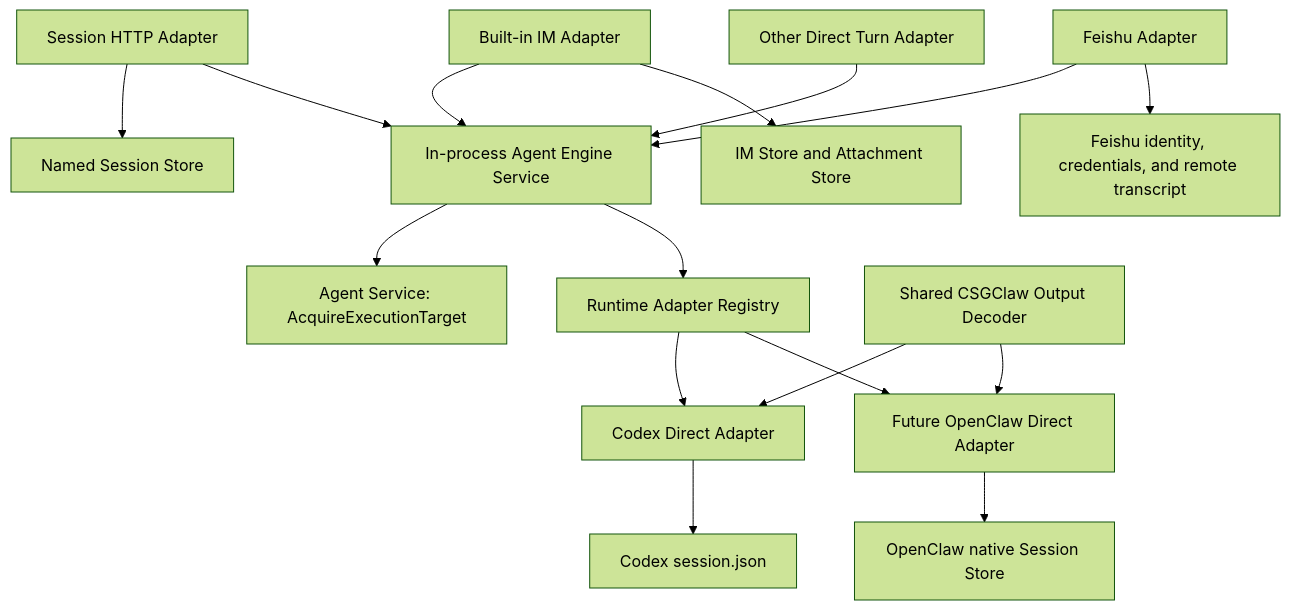
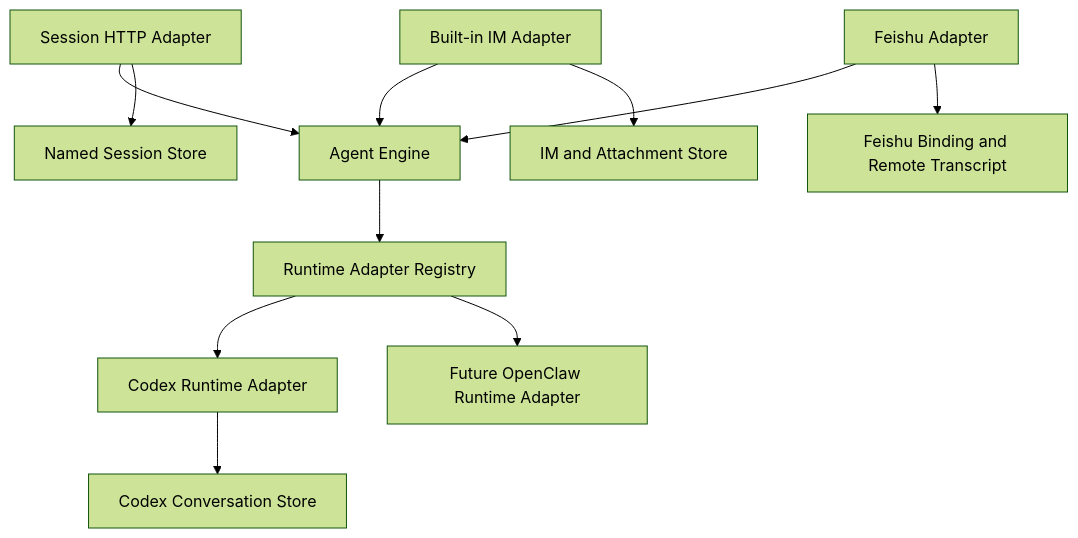
Before and after one commit to OpenCSGs/csgclaw: the diagram in docs/tech/agent-engine-decoupling.md, drawn with Mermaid (forest theme). The commit also changed other lines of this file and 4 other files, not shown here.

Commit message:
docs(agent-engine): Simplify docs and Draft the Engine Interface

````diff
--- a/docs/tech/agent-engine-decoupling.md
+++ b/docs/tech/agent-engine-decoupling.md
@@ -268,23 +102,15 @@
 ```mermaid
 flowchart TB
-    SessionAPI["Session HTTP Adapter"] --> NamedSessions["Named Session Store"]
-    SessionAPI --> Engine["In-process Agent Engine Service"]
-    Builtin["Built-in IM Adapter"] --> Engine
+    Session["Session HTTP Adapter"] --> Engine["Agent Engine"]
+    IM["Built-in IM Adapter"] --> Engine
     Feishu["Feishu Adapter"] --> Engine
-    Other["Other Direct Turn Adapter"] --> Engine
 
-    Engine --> Resolver["Agent Service: AcquireExecutionTarget"]
     Engine --> Registry["Runtime Adapter Registry"]
+    Registry --> Codex["Codex Runtime Adapter"]
+    Registry --> OpenClaw["Future OpenClaw Runtime Adapter"]
 
-    Registry --> Codex["Codex Direct Adapter"]
-    Registry --> Open["Future OpenClaw Direct Adapter"]
-
-    Codex --> CodexState["Codex session.json"]
-    Open --> OpenState["OpenClaw native Session Store"]
-
-    Builtin --> IM["IM Store and Attachment Store"]
-    Feishu --> FeishuState["Feishu identity, credentials, and remote transcript"]
-
-    Protocol["Shared CSGClaw Output Decoder"] --> Codex
-    Protocol --> Open
+    Session --> Named["Named Session Store"]
+    IM --> IMStore["IM and Attachment Store"]
+    Feishu --> FeishuState["Feishu Binding and Remote Transcript"]
+    Codex --> CodexStore["Codex Conversation Store"]
 ```
````
